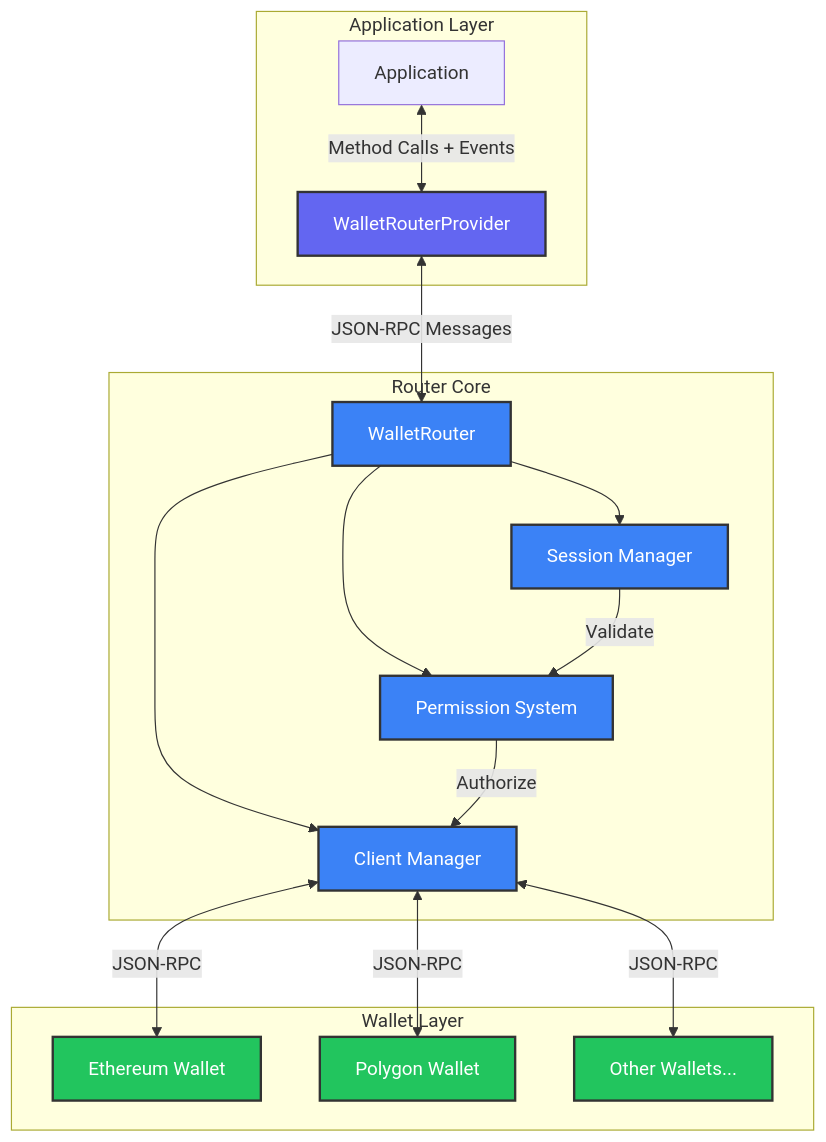
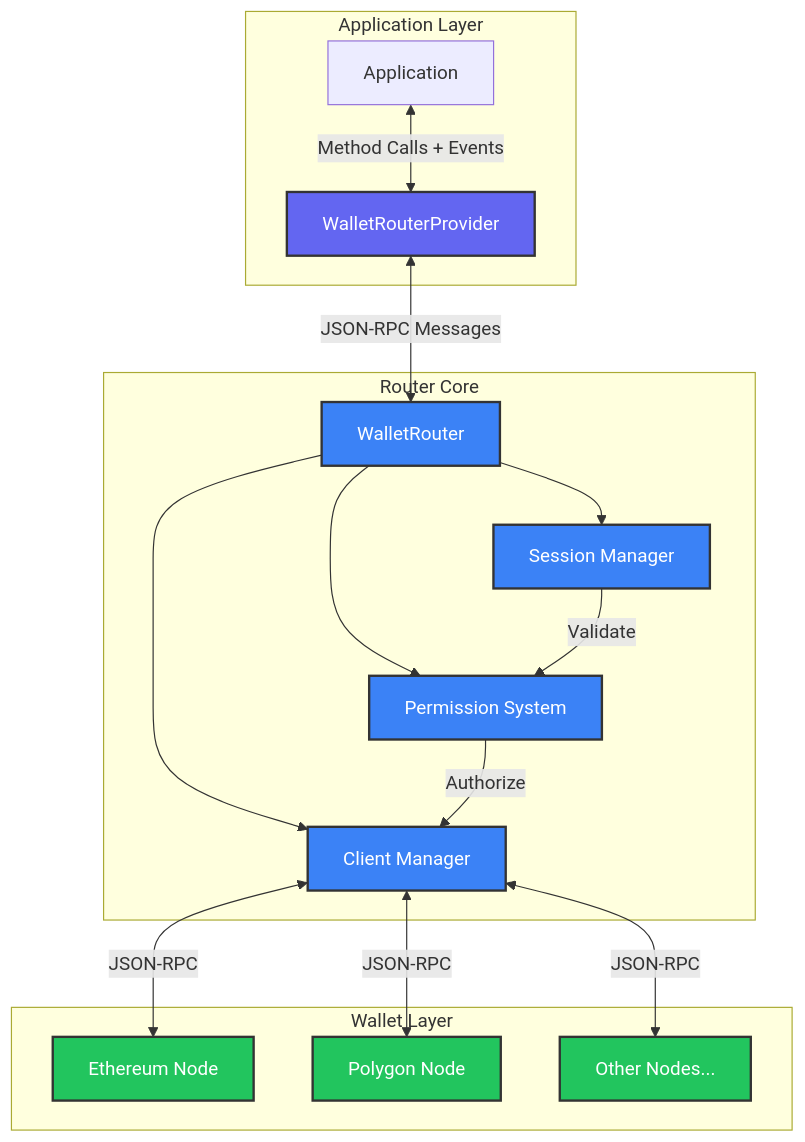
The first of 2 diagrams in core/router/README.md (WalletMesh/walletmesh-packages), drawn with Mermaid before and after one commit. The commit also changed other lines of this file and 142 other files, not shown here.

````diff
--- a/core/router/README.md
+++ b/core/router/README.md
@@ -93,31 +108,31 @@
 ```mermaid
 graph TB
     subgraph Application Layer
         App[Application] <-->|Method Calls + Events| Provider[WalletRouterProvider]
     end
 
     Provider <-->|JSON-RPC Messages| Router[WalletRouter]
 
     subgraph Router Core
         Router --> SessionMgr[Session Manager]
         Router --> PermSystem[Permission System]
         Router --> ClientMgr[Client Manager]
 
         SessionMgr -->|Validate| PermSystem
         PermSystem -->|Authorize| ClientMgr
     end
 
     subgraph Wallet Layer
-        ClientMgr <-->|JSON-RPC| Ethereum[Ethereum Wallet]
-        ClientMgr <-->|JSON-RPC| Polygon[Polygon Wallet]
-        ClientMgr <-->|JSON-RPC| Other[Other Wallets...]
+        ClientMgr <-->|JSON-RPC| Ethereum[Ethereum Node]
+        ClientMgr <-->|JSON-RPC| Polygon[Polygon Node]
+        ClientMgr <-->|JSON-RPC| Other[Other Nodes...]
     end
 
     classDef provider fill:#6366f1,stroke:#333,stroke-width:2px,color:#fff
     classDef router fill:#3b82f6,stroke:#333,stroke-width:2px,color:#fff
     classDef wallet fill:#22c55e,stroke:#333,stroke-width:2px,color:#fff
 
     class Provider provider
     class Router,SessionMgr,PermSystem,ClientMgr router
     class Ethereum,Polygon,Other wallet
 ```
````
